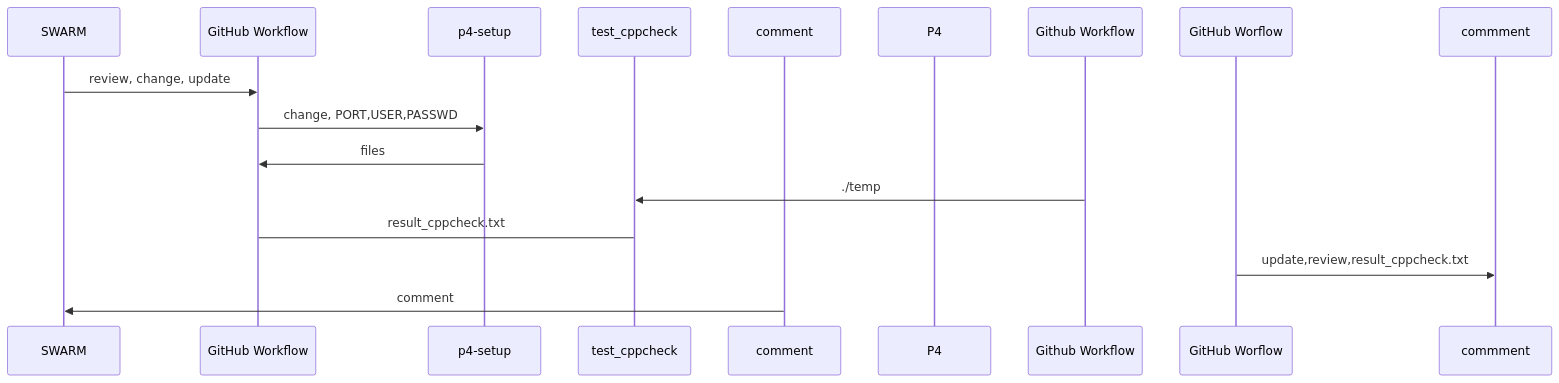
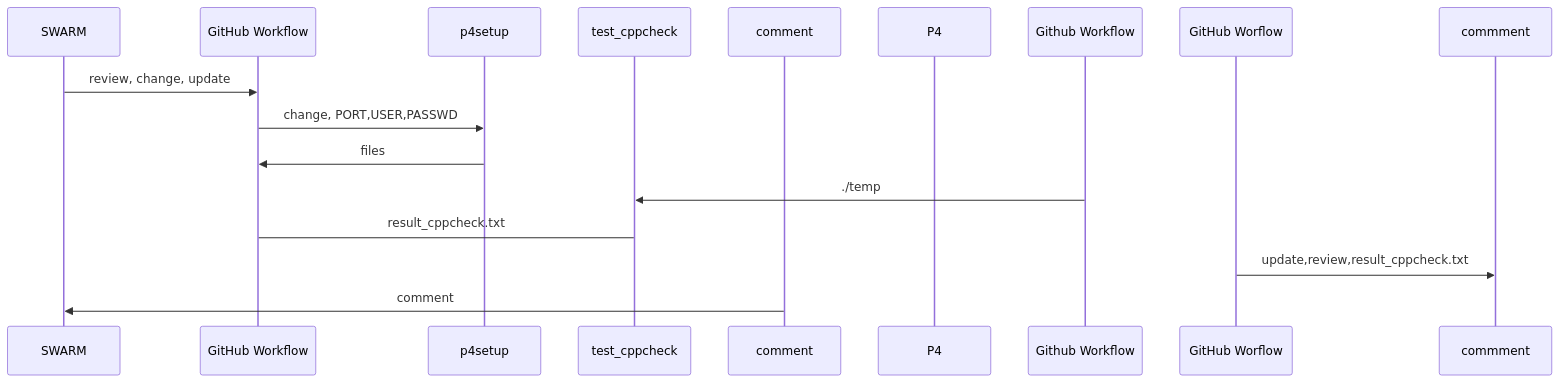
Before and after one commit to smjune/smjune.github.io: the diagram in readme.md, drawn with Mermaid.

````diff
--- a/readme.md
+++ b/readme.md
@@ -1,16 +1,16 @@
 ```mermaid
 sequenceDiagram
     participant SWARM 
     participant GitHub Workflow
-    participant p4-setup
+    participant p4setup
     participant test_cppcheck
     participant comment
     participant P4
     SWARM->>GitHub Workflow: review, change, update
-    GitHub Workflow->>p4-setup: change, PORT,USER,PASSWD
-    p4-setup->>GitHub Workflow: files
+    GitHub Workflow->>p4setup: change, PORT,USER,PASSWD
+    p4setup->>GitHub Workflow: files
     Github Workflow->>test_cppcheck:./temp
     test_cppcheck->GitHub Workflow: result_cppcheck.txt
     GitHub Worflow->>commment:update,review,result_cppcheck.txt
     comment->>SWARM: comment
 ```
````
